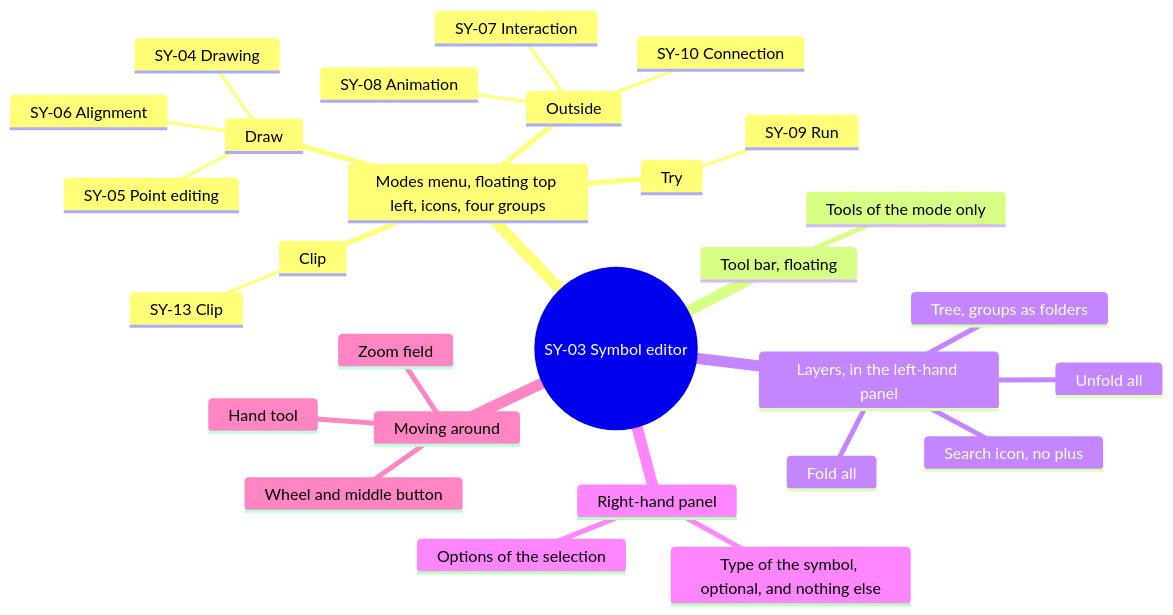
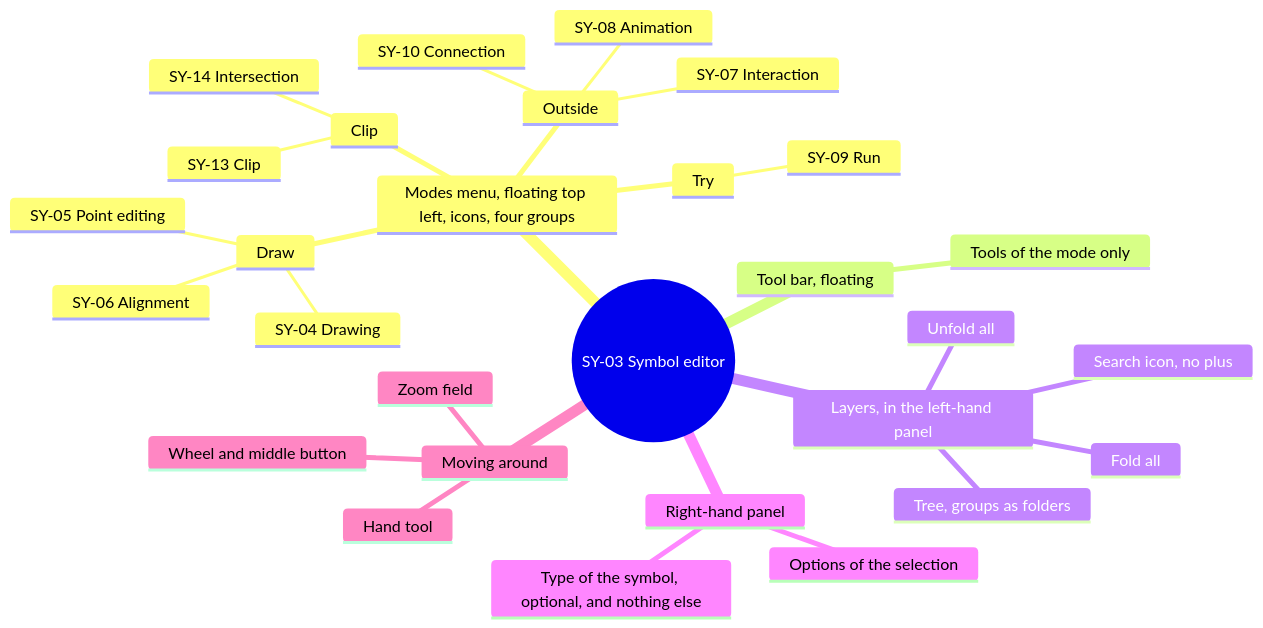
The fifth of 16 diagrams in screens/symbols.md (AlexandreGallais/synoptic-studio-spec), drawn with Mermaid before and after one commit. The commit also changed other lines of this file and 20 other files, not shown here.

````diff
--- a/screens/symbols.md
+++ b/screens/symbols.md
@@ -118,31 +118,32 @@
 ```mermaid
 mindmap
   root((SY-03 Symbol editor))
     Modes menu, floating top left, icons, four groups
       Draw
         SY-04 Drawing
         SY-05 Point editing
         SY-06 Alignment
       Clip
         SY-13 Clip
+        SY-14 Intersection
       Outside
         SY-10 Connection
         SY-08 Animation
         SY-07 Interaction
       Try
         SY-09 Run
     Tool bar, floating
       Tools of the mode only
     Layers, in the left-hand panel
       Search icon, no plus
       Unfold all
       Fold all
       Tree, groups as folders
     Right-hand panel
       Options of the selection
       Type of the symbol, optional, and nothing else
     Moving around
       Hand tool
       Wheel and middle button
       Zoom field
 ```
````
